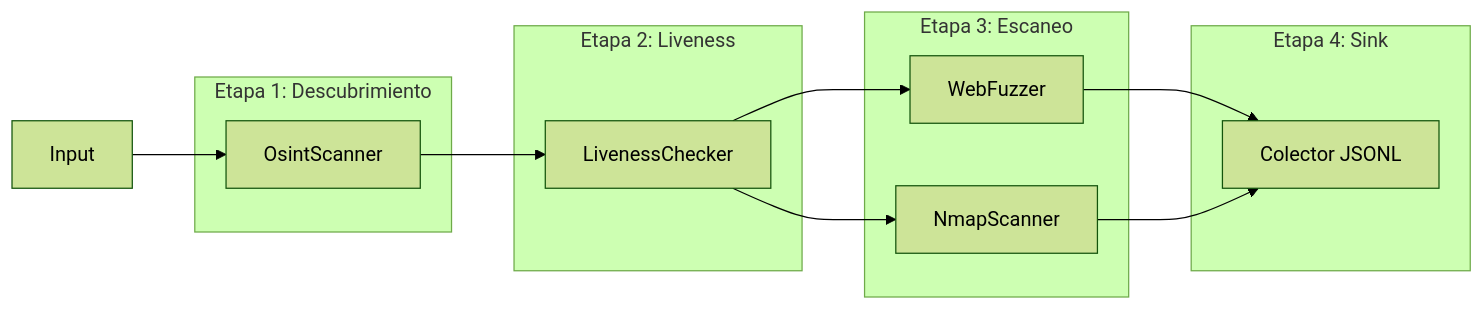
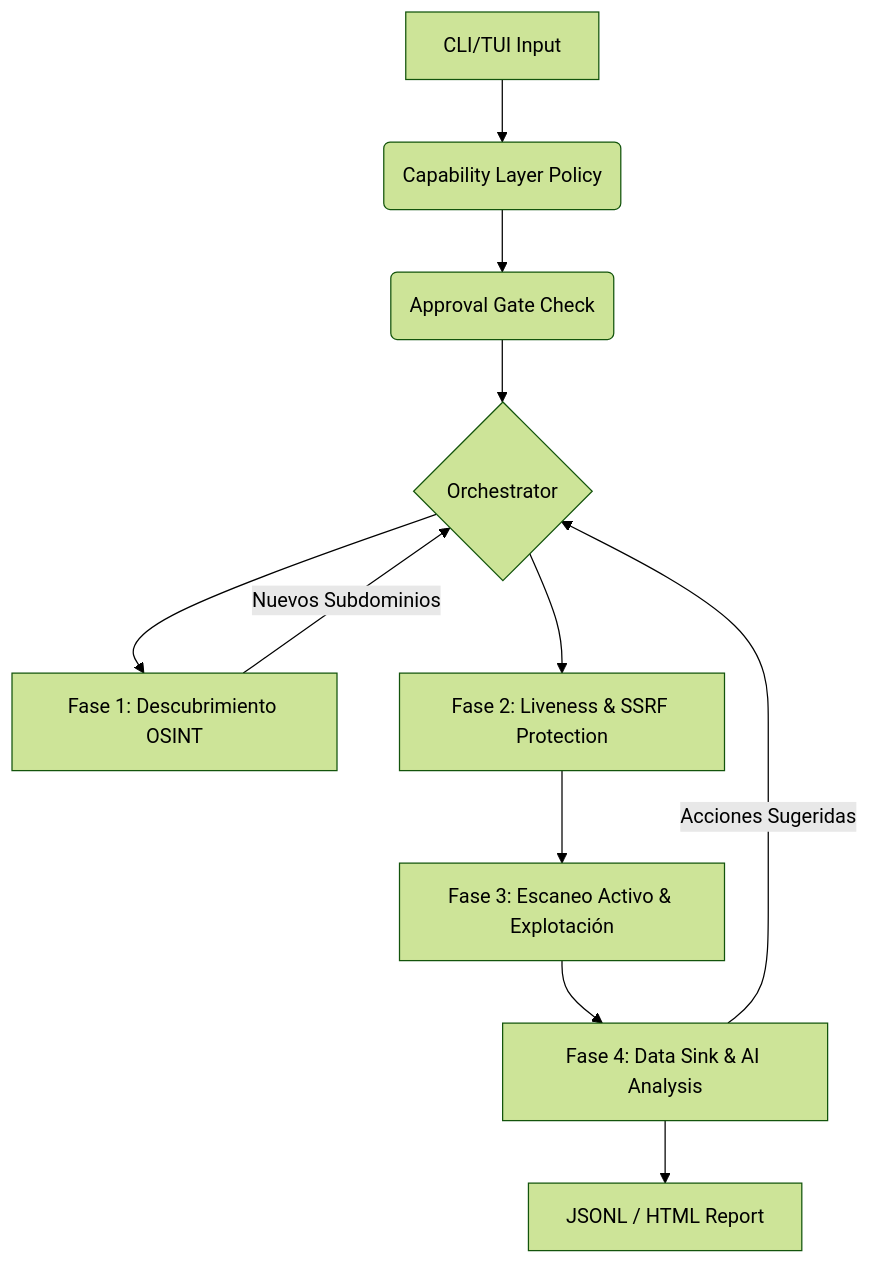
The diagram in redteam_rust_core/docs/ARCHITECTURE.md (kripiman/OsintUltimate), drawn with Mermaid (forest theme) before and after one commit. The commit also changed other lines of this file and 42 other files, not shown here.

````diff
--- a/redteam_rust_core/docs/ARCHITECTURE.md
+++ b/redteam_rust_core/docs/ARCHITECTURE.md
@@ -17,23 +22,13 @@
 ```mermaid
-graph LR
-    subgraph "Etapa 1: Descubrimiento"
-        D[OsintScanner]
-    end
-    subgraph "Etapa 2: Liveness"
-        L[LivenessChecker]
-    end
-    subgraph "Etapa 3: Escaneo"
-        S1[WebFuzzer]
-        S2[NmapScanner]
-    end
-    subgraph "Etapa 4: Sink"
-        C[Colector JSONL]
-    end
-
-    Input --> D
-    D --> L
-    L --> S1
-    L --> S2
-    S1 --> C
-    S2 --> C
+graph TD
+    A[CLI/TUI Input] --> B(Capability Layer Policy)
+    B --> C(Approval Gate Check)
+    C --> D{Orchestrator}
+    D --> E[Fase 1: Descubrimiento OSINT]
+    E -- Nuevos Subdominios --> D
+    D --> F[Fase 2: Liveness & SSRF Protection]
+    F --> G[Fase 3: Escaneo Activo & Explotación]
+    G --> H[Fase 4: Data Sink & AI Analysis]
+    H -- Acciones Sugeridas --> D
+    H --> I[JSONL / HTML Report]
 ```
````
